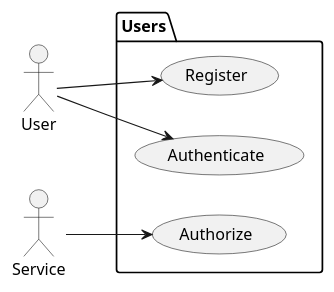
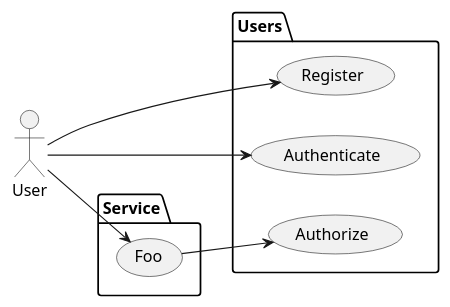
The diagram in README.org (chayward1/users), drawn with PlantUML before and after one commit. The commit also changed other lines of this file and 1 other file, not shown here.

Commit message:
Improve example

```diff
--- a/README.org
+++ b/README.org
@@ -17,15 +17,20 @@
 #+begin_src plantuml :file example.png :exports results
 left to right direction
 actor User
-actor Service
 
 package Users {
   usecase Register
   usecase Authenticate
   usecase Authorize
 }
 
+Package Service {
+  usecase Foo
+}
+
 User --> Register
 User --> Authenticate
-Service --> Authorize
+
+User --> Foo
+Foo --> Authorize
 #+end_src
```
